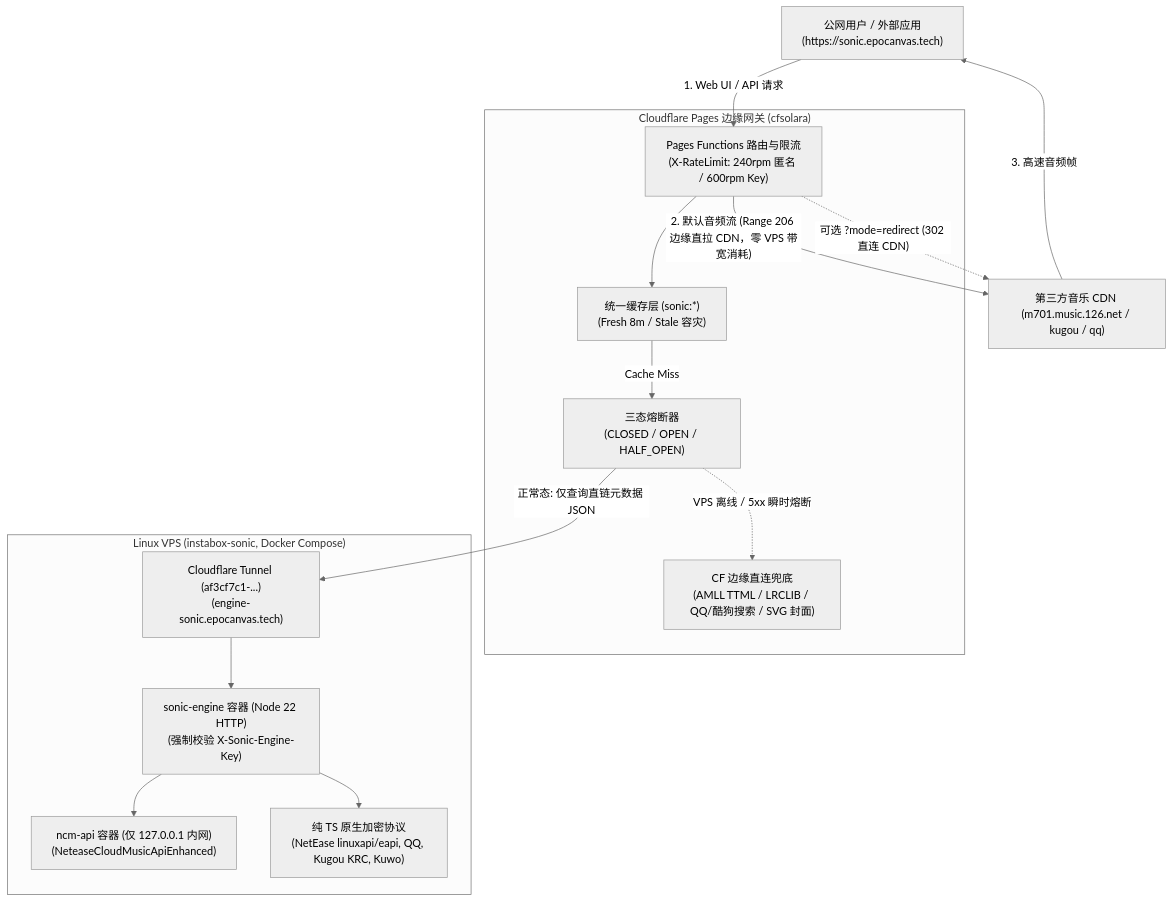
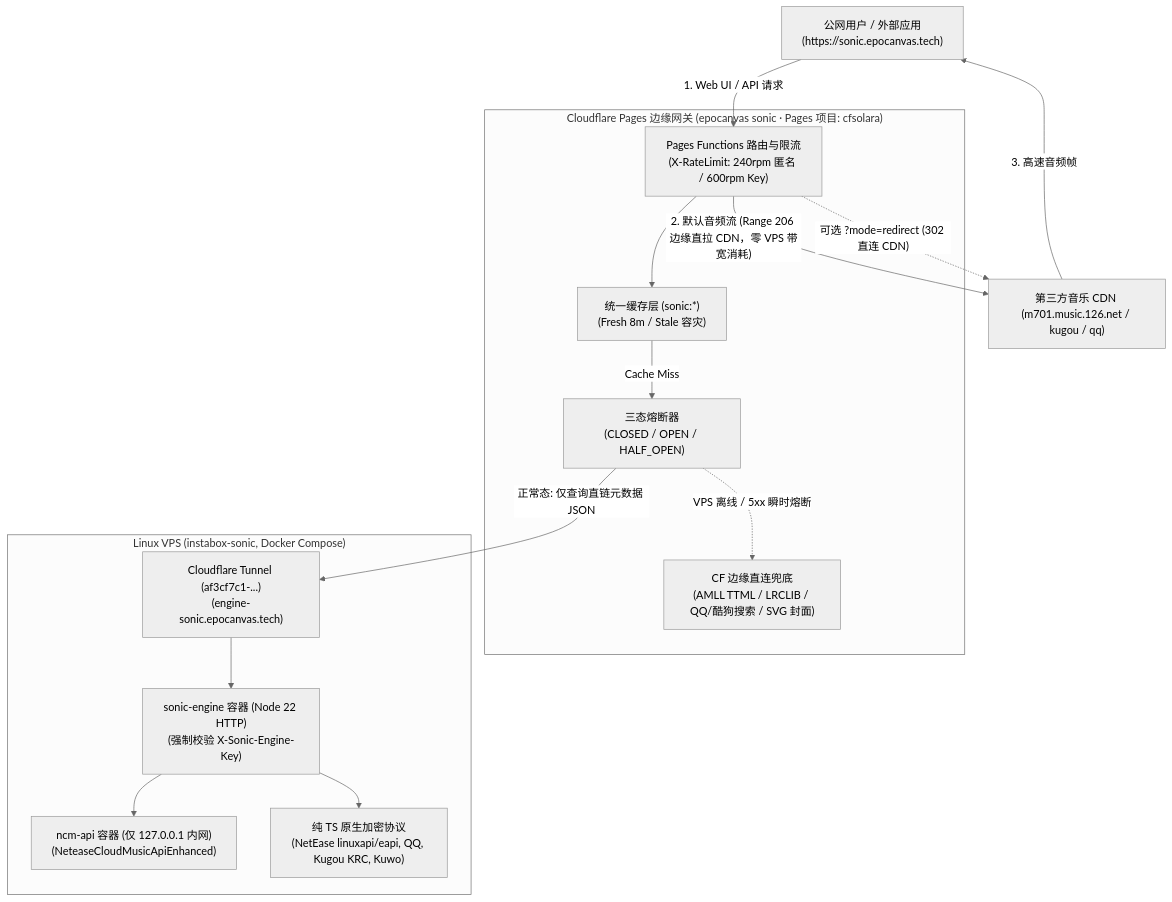
One commit to shijianus/sonic changed the diagram in README.md. Above: the diagram before and after it, drawn with Mermaid (neutral theme). The commit also changed other lines of this file and 166 other files, not shown here.

First line of the commit message:
chore(brand): epocanvas sonic 展示层收口——注释/日志/文案品牌化并附全量验证证据

````diff
--- a/README.md
+++ b/README.md
@@ -13,33 +13,33 @@
 ```mermaid
 flowchart TD
   User["公网用户 / 外部应用<br/>(https://sonic.epocanvas.tech)"]
 
-  subgraph Edge["Cloudflare Pages 边缘网关 (cfsolara)"]
+  subgraph Edge["Cloudflare Pages 边缘网关 (epocanvas sonic · Pages 项目: cfsolara)"]
     PagesRouter["Pages Functions 路由与限流<br/>(X-RateLimit: 240rpm 匿名 / 600rpm Key)"]
     EdgeCache["统一缓存层 (sonic:*)<br/>(Fresh 8m / Stale 容灾)"]
     CircuitBreaker["三态熔断器<br/>(CLOSED / OPEN / HALF_OPEN)"]
     CFDirect["CF 边缘直连兜底<br/>(AMLL TTML / LRCLIB / QQ/酷狗搜索 / SVG 封面)"]
   end
 
   subgraph VPS["Linux VPS (instabox-sonic, Docker Compose)"]
     Tunnel["Cloudflare Tunnel (af3cf7c1-...)<br/>(engine-sonic.epocanvas.tech)"]
     SonicEngine["sonic-engine 容器 (Node 22 HTTP)<br/>(强制校验 X-Sonic-Engine-Key)"]
     NCMSidecar["ncm-api 容器 (仅 127.0.0.1 内网)<br/>(NeteaseCloudMusicApiEnhanced)"]
     NativeProtocols["纯 TS 原生加密协议<br/>(NetEase linuxapi/eapi, QQ, Kugou KRC, Kuwo)"]
   end
 
   CDN["第三方音乐 CDN (m701.music.126.net / kugou / qq)"]
 
   User -->|"1. Web UI / API 请求"| PagesRouter
   PagesRouter --> EdgeCache
   EdgeCache -->|"Cache Miss"| CircuitBreaker
   CircuitBreaker -->|"正常态: 仅查询直链元数据 JSON"| Tunnel
   Tunnel --> SonicEngine
   SonicEngine --> NCMSidecar
   SonicEngine --> NativeProtocols
   CircuitBreaker -.->|"VPS 离线 / 5xx 瞬时熔断"| CFDirect
 
   PagesRouter -->|"2. 默认音频流 (Range 206 边缘直拉 CDN，零 VPS 带宽消耗)"| CDN
   PagesRouter -.->|"可选 ?mode=redirect (302 直连 CDN)"| CDN
   CDN -->|"3. 高速音频帧"| User
 ```
````
